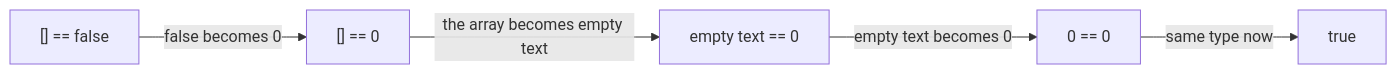
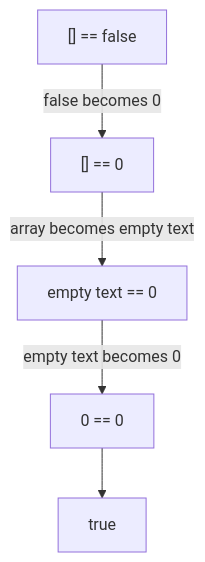
One commit to starjustice/research-material changed the second of 2 diagrams in learn/javascript/02-values-types-and-coercion.md. Above: the diagram before and after it, drawn with Mermaid. The commit also changed other lines of this file, not shown here.

````diff
--- a/learn/javascript/02-values-types-and-coercion.md
+++ b/learn/javascript/02-values-types-and-coercion.md
@@ -96,7 +158,7 @@
 ```mermaid
-graph LR
+graph TB
     A["[] == false"] -->|false becomes 0| B["[] == 0"]
-    B -->|the array becomes empty text| C["empty text == 0"]
+    B -->|array becomes empty text| C["empty text == 0"]
     C -->|empty text becomes 0| D["0 == 0"]
-    D -->|same type now| E["true"]
+    D --> E["true"]
 ```
````
